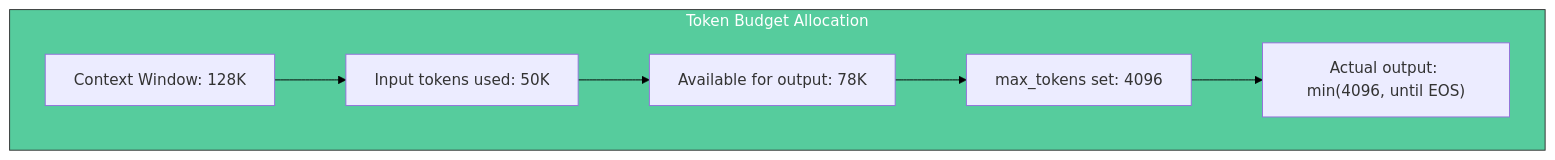
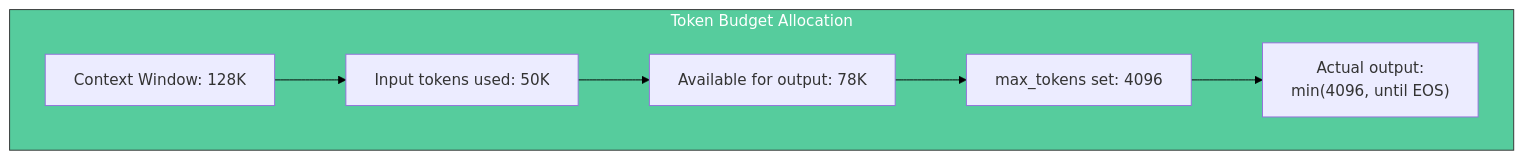
One commit to tanquangduong/tanquangduong.github.io changed the eighth of 10 diagrams in posts/llm-interview/LLM-Interview-QA-3.qmd. Above: the diagram before and after it, drawn with Mermaid. The commit also changed other lines of this file and 10 other files, not shown here.

````diff
--- a/posts/llm-interview/LLM-Interview-QA-3.qmd
+++ b/posts/llm-interview/LLM-Interview-QA-3.qmd
@@ -571,16 +571,16 @@
 ```{mermaid}
 graph LR
     linkStyle default stroke:#000,color:#000
     subgraph Budget["Token Budget Allocation"]
         direction LR
         CW["Context Window: 128K"]
         INPUT["Input tokens used: 50K"]
         AVAILABLE["Available for output: 78K"]
         MAX["max_tokens set: 4096"]
-        ACTUAL["Actual output: min(4096, until EOS)"]
+        ACTUAL["Actual output:<br/>min(4096, until EOS)"]
     end
 
     CW --> INPUT --> AVAILABLE --> MAX --> ACTUAL
 
     style Budget fill:#56cc9d,stroke:#333,color:#fff
 ```
````
